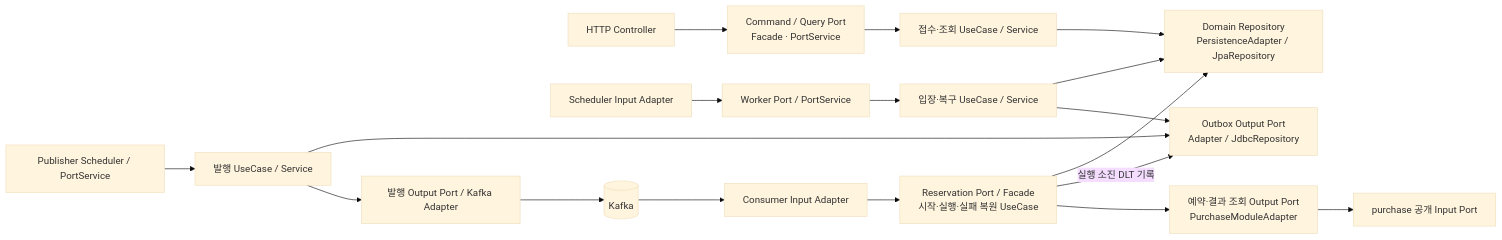
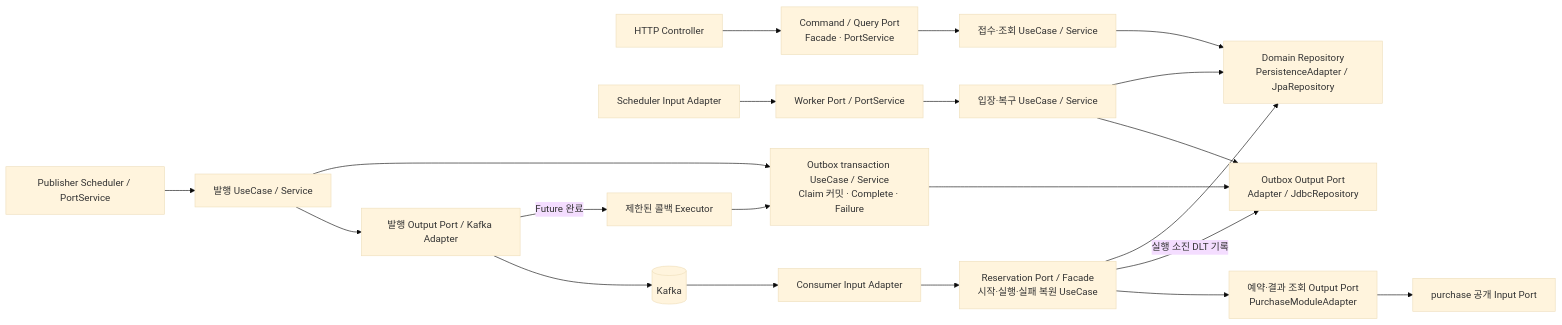
Before and after one commit to DevelopHeon/limited-ticketing: the diagram in docs/architecture/purchase-waiting.md, drawn with Mermaid (base theme). The commit also changed other lines of this file and 25 other files, not shown here.

````diff
--- a/docs/architecture/purchase-waiting.md
+++ b/docs/architecture/purchase-waiting.md
@@ -29,20 +29,23 @@
 ```mermaid
 flowchart LR
     http["HTTP Controller"] --> api["Command / Query Port<br/>Facade · PortService"]
     api --> admission["접수·조회 UseCase / Service"]
     scheduler["Scheduler Input Adapter"] --> worker["Worker Port / PortService"]
     worker --> dispatch["입장·복구 UseCase / Service"]
     dispatch --> store["Domain Repository<br/>PersistenceAdapter / JpaRepository"]
     dispatch --> outbox["Outbox Output Port<br/>Adapter / JdbcRepository"]
     admission --> store
     publisher["Publisher Scheduler / PortService"] --> publish["발행 UseCase / Service"]
-    publish --> outbox
+    publish --> tx["Outbox transaction UseCase / Service<br/>Claim 커밋 · Complete · Failure"]
+    tx --> outbox
     publish --> kafkaAdapter["발행 Output Port / Kafka Adapter"]
+    kafkaAdapter -->|"Future 완료"| callback["제한된 콜백 Executor"]
+    callback --> tx
     kafkaAdapter --> kafka[("Kafka")]
     kafka --> consumer["Consumer Input Adapter"]
     consumer --> execution["Reservation Port / Facade<br/>시작·실행·실패 복원 UseCase"]
     execution --> store
     execution -->|"실행 소진 DLT 기록"| outbox
     execution --> purchase["예약·결과 조회 Output Port<br/>PurchaseModuleAdapter"]
     purchase --> publicApi["purchase 공개 Input Port"]
 ```
````
